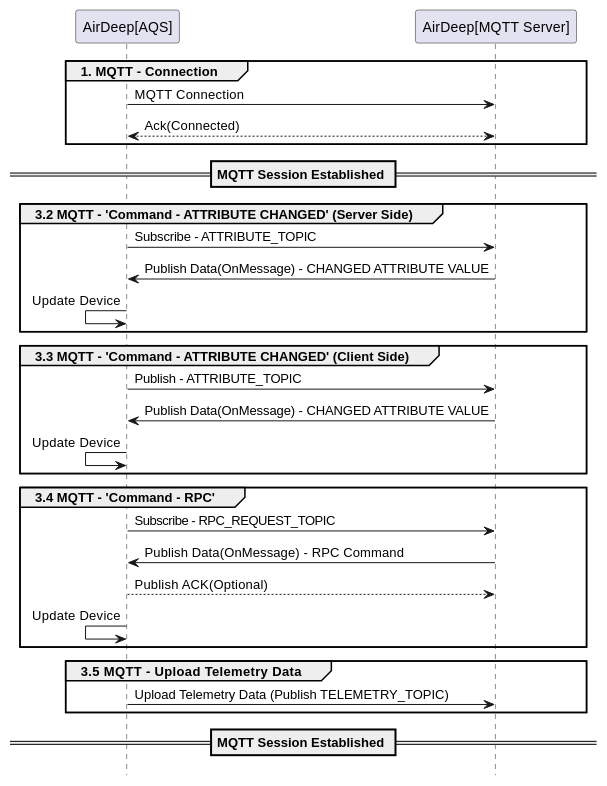
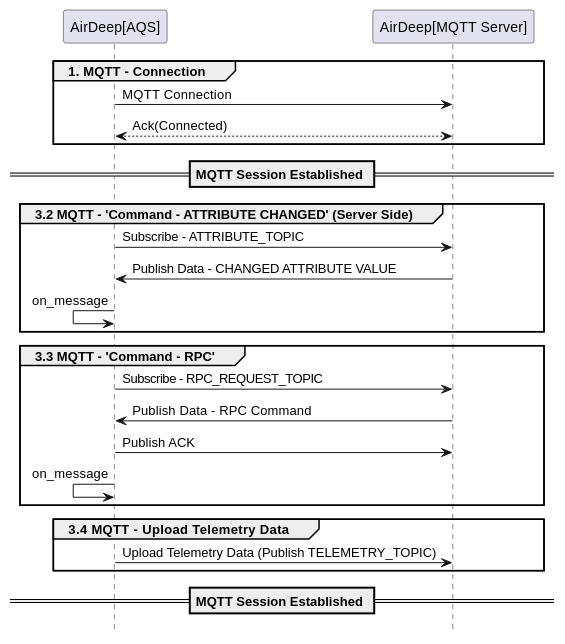
One commit to RTdataLab/DE-ADeep-API-Guide changed the third of 3 diagrams in README.md. Above: the diagram before and after it, drawn with PlantUML. The commit also changed other lines of this file and 7 other files, not shown here.

````diff
--- a/README.md
+++ b/README.md
@@ -176,36 +176,30 @@
    ```plantuml
    @startuml
      participant "AirDeep[AQS]" order 1
      participant "AirDeep[MQTT Server]" order 2
      hide footbox
       group 1. MQTT - Connection
       "AirDeep[AQS]" -> "AirDeep[MQTT Server]" : MQTT Connection
       "AirDeep[AQS]" <--> "AirDeep[MQTT Server]"  : Ack(Connected)
      end
      == MQTT Session Established ==
      group 3.2 MQTT - 'Command - ATTRIBUTE CHANGED' (Server Side)
        "AirDeep[AQS]" -> "AirDeep[MQTT Server]" : Subscribe - ATTRIBUTE_TOPIC
-       "AirDeep[AQS]" <- "AirDeep[MQTT Server]" : Publish Data(OnMessage) - CHANGED ATTRIBUTE VALUE
-       "AirDeep[AQS]" <- "AirDeep[AQS]" : Update Device 
+       "AirDeep[AQS]" <- "AirDeep[MQTT Server]" : Publish Data - CHANGED ATTRIBUTE VALUE
+       "AirDeep[AQS]" <- "AirDeep[AQS]" : on_message
      end
 
-     group 3.3 MQTT - 'Command - ATTRIBUTE CHANGED' (Client Side)
-       "AirDeep[AQS]" -> "AirDeep[MQTT Server]" : Publish - ATTRIBUTE_TOPIC
-       "AirDeep[AQS]" <- "AirDeep[MQTT Server]" : Publish Data(OnMessage) - CHANGED ATTRIBUTE VALUE
-       "AirDeep[AQS]" <- "AirDeep[AQS]" : Update Device 
+     group 3.3 MQTT - 'Command - RPC'
+       "AirDeep[AQS]" -> "AirDeep[MQTT Server]" : Subscribe - RPC_REQUEST_TOPIC
+       "AirDeep[AQS]" <- "AirDeep[MQTT Server]" : Publish Data - RPC Command
+       "AirDeep[AQS]" -> "AirDeep[MQTT Server]" : Publish ACK
+       "AirDeep[AQS]" <- "AirDeep[AQS]" : on_message
      end
 
-     group 3.4 MQTT - 'Command - RPC'
-       "AirDeep[AQS]" -> "AirDeep[MQTT Server]" : Subscribe - RPC_REQUEST_TOPIC
-       "AirDeep[AQS]" <- "AirDeep[MQTT Server]" : Publish Data(OnMessage) - RPC Command
-       "AirDeep[AQS]" --> "AirDeep[MQTT Server]" : Publish ACK(Optional)
-       "AirDeep[AQS]" <- "AirDeep[AQS]" : Update Device
-     end
-
-     group 3.5 MQTT - Upload Telemetry Data
+     group 3.4 MQTT - Upload Telemetry Data
        "AirDeep[AQS]" -> "AirDeep[MQTT Server]" : Upload Telemetry Data (Publish TELEMETRY_TOPIC)
      end
 
      == MQTT Session Established ==
    @enduml
    ```
````
